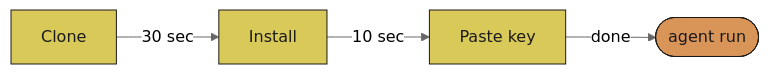
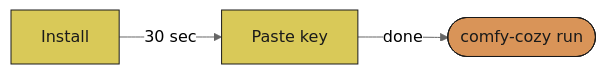
One commit to JosephOIbrahim/Comfy-Cozy changed the third of 35 diagrams in README.md. Above: the diagram before and after it, drawn with Mermaid (neutral theme). The commit also changed other lines of this file and 5 other files, not shown here.

````diff
--- a/README.md
+++ b/README.md
@@ -107,11 +178,10 @@
 ```mermaid
 flowchart LR
-    A["Clone"] -->|30 sec| B["Install"]
-    B -->|10 sec| C["Paste key"]
-    C -->|done| D(["agent run"])
+    A["Install"] -->|30 sec| B["Paste key"]
+    B -->|done| C(["comfy-cozy run"])
 
     classDef orange fill:#d99458,color:#1a1a1a,stroke:#1a1a1a
     classDef yellow fill:#d9c958,color:#1a1a1a,stroke:#1a1a1a
-    class D orange
-    class A,B,C yellow
+    class C orange
+    class A,B yellow
 ```
````
